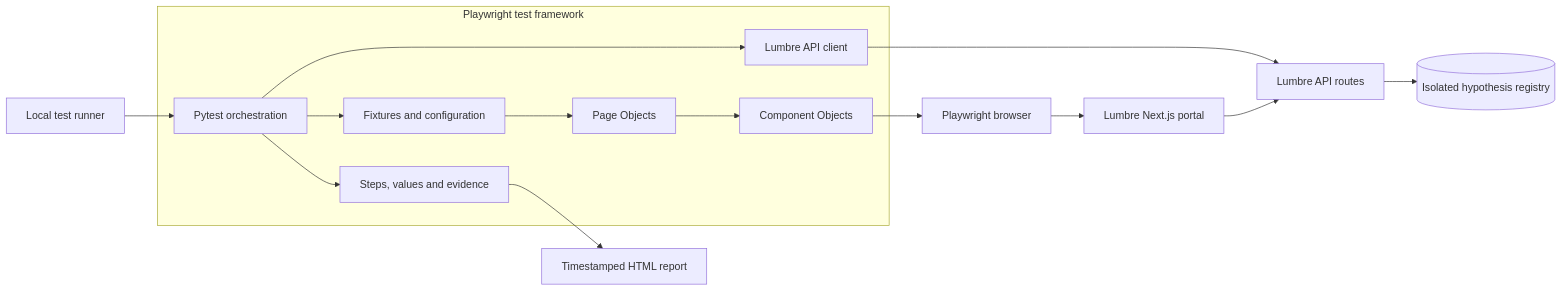
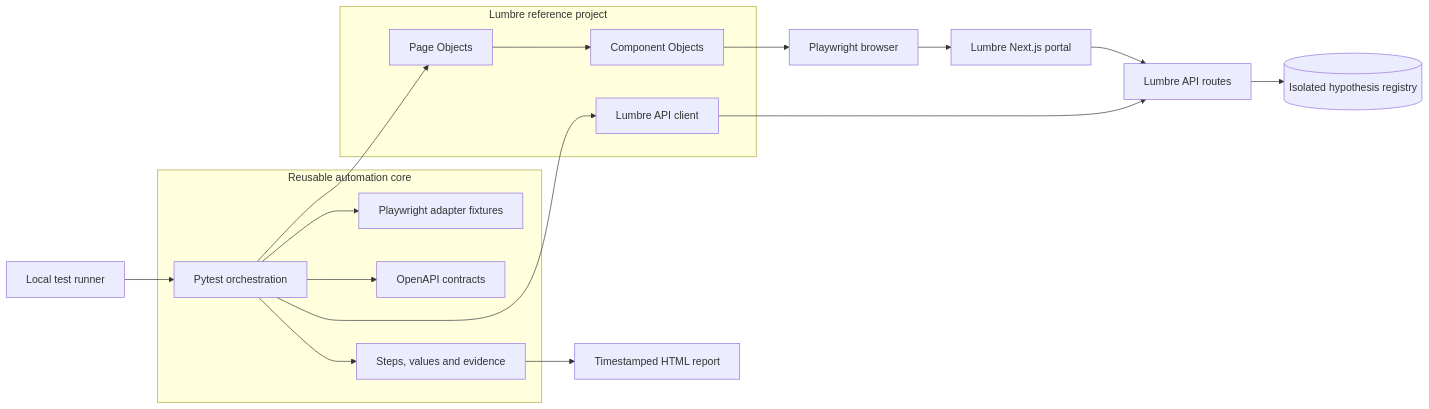
One commit to zvasdfg/lumbre-playwright-python changed the diagram in README.md. Above: the diagram before and after it, drawn with Mermaid. The commit also changed other lines of this file and 8 other files, not shown here.

````diff
--- a/README.md
+++ b/README.md
@@ -65,19 +65,23 @@
 ```mermaid
 flowchart LR
     Runner[Local test runner] --> Pytest[Pytest orchestration]
 
-    subgraph Framework[Playwright test framework]
-        Pytest --> Fixtures[Fixtures and configuration]
-        Fixtures --> Pages[Page Objects]
+    subgraph Core[Reusable automation core]
+        Pytest --> Fixtures[Playwright adapter fixtures]
+        Pytest --> Contracts[OpenAPI contracts]
+        Pytest --> Reporting[Steps, values and evidence]
+    end
+
+    subgraph Project[Lumbre reference project]
+        Pytest --> Pages[Page Objects]
         Pages --> Components[Component Objects]
         Pytest --> ApiClient[Lumbre API client]
-        Pytest --> Reporting[Steps, values and evidence]
     end
 
     Components --> Browser[Playwright browser]
     Browser --> Portal[Lumbre Next.js portal]
     ApiClient --> Routes[Lumbre API routes]
     Portal --> Routes
     Routes --> Registry[(Isolated hypothesis registry)]
     Reporting --> Html[Timestamped HTML report]
 ```
````
